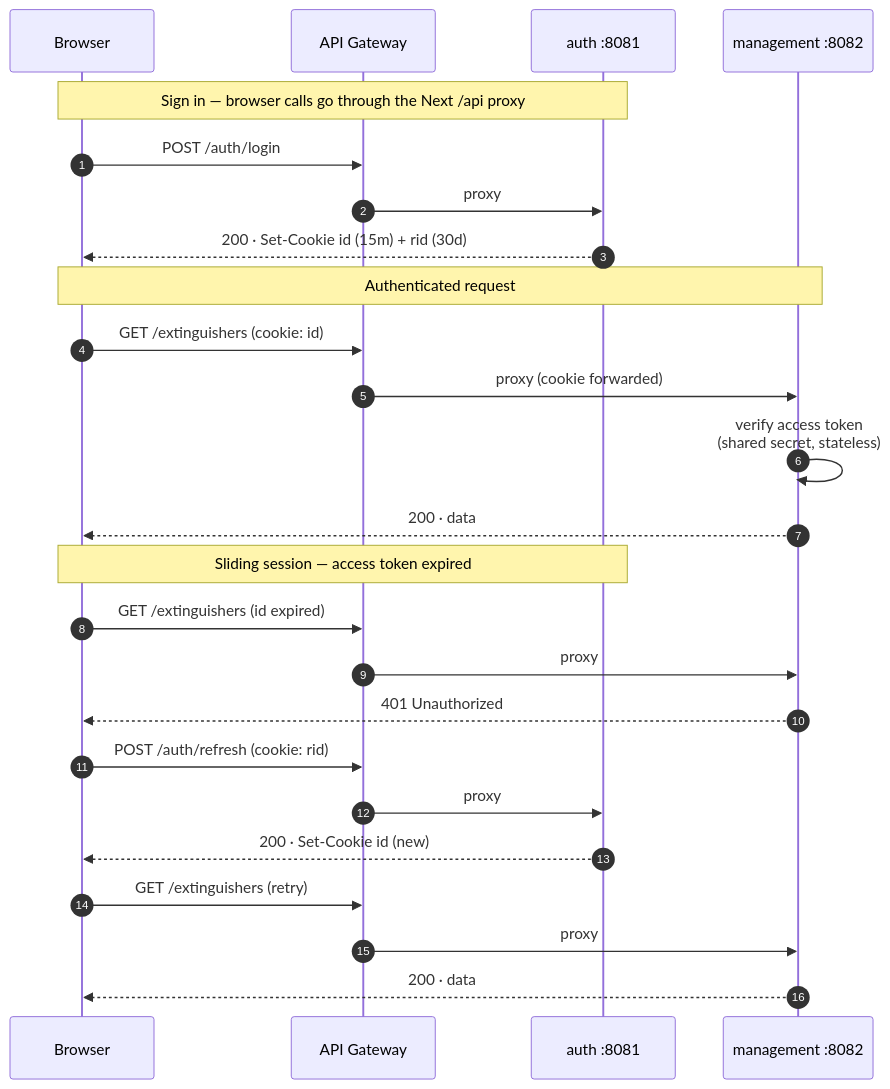
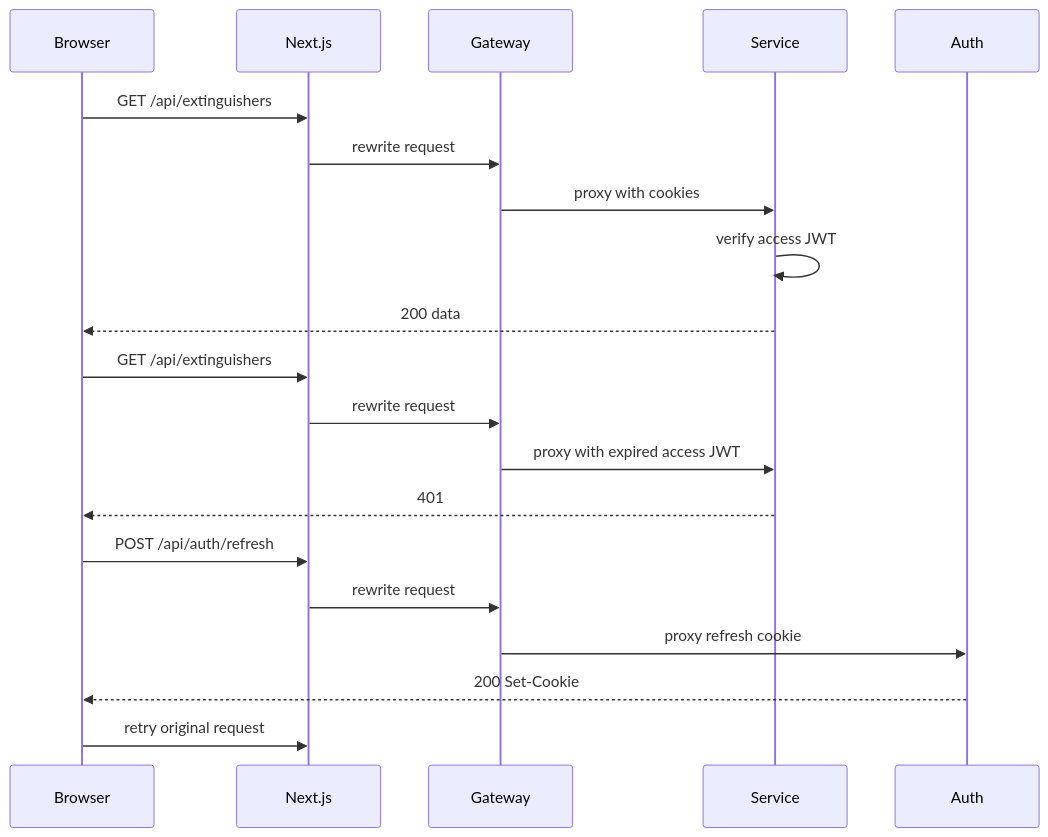
Before and after one commit to Irere123/restful-template: the second of 2 diagrams in docs/architecture.md, drawn with Mermaid. The commit also changed other lines of this file and 7 other files, not shown here.

````diff
--- a/docs/architecture.md
+++ b/docs/architecture.md
@@ -79,30 +59,24 @@
 ```mermaid
 sequenceDiagram
-    autonumber
     participant B as Browser
-    participant G as API Gateway
-    participant A as auth :8081
-    participant M as management :8082
+    participant F as Next.js
+    participant G as Gateway
+    participant S as Service
+    participant A as Auth
 
-    Note over B,A: Sign in — browser calls go through the Next /api proxy
-    B->>G: POST /auth/login
-    G->>A: proxy
-    A-->>B: 200 · Set-Cookie id (15m) + rid (30d)
+    B->>F: GET /api/extinguishers
+    F->>G: rewrite request
+    G->>S: proxy with cookies
+    S->>S: verify access JWT
+    S-->>B: 200 data
 
-    Note over B,M: Authenticated request
-    B->>G: GET /extinguishers  (cookie: id)
-    G->>M: proxy (cookie forwarded)
-    M->>M: verify access token<br/>(shared secret, stateless)
-    M-->>B: 200 · data
-
-    Note over B,A: Sliding session — access token expired
-    B->>G: GET /extinguishers  (id expired)
-    G->>M: proxy
-    M-->>B: 401 Unauthorized
-    B->>G: POST /auth/refresh  (cookie: rid)
-    G->>A: proxy
-    A-->>B: 200 · Set-Cookie id (new)
-    B->>G: GET /extinguishers  (retry)
-    G->>M: proxy
-    M-->>B: 200 · data
+    B->>F: GET /api/extinguishers
+    F->>G: rewrite request
+    G->>S: proxy with expired access JWT
+    S-->>B: 401
+    B->>F: POST /api/auth/refresh
+    F->>G: rewrite request
+    G->>A: proxy refresh cookie
+    A-->>B: 200 Set-Cookie
+    B->>F: retry original request
 ```
````
